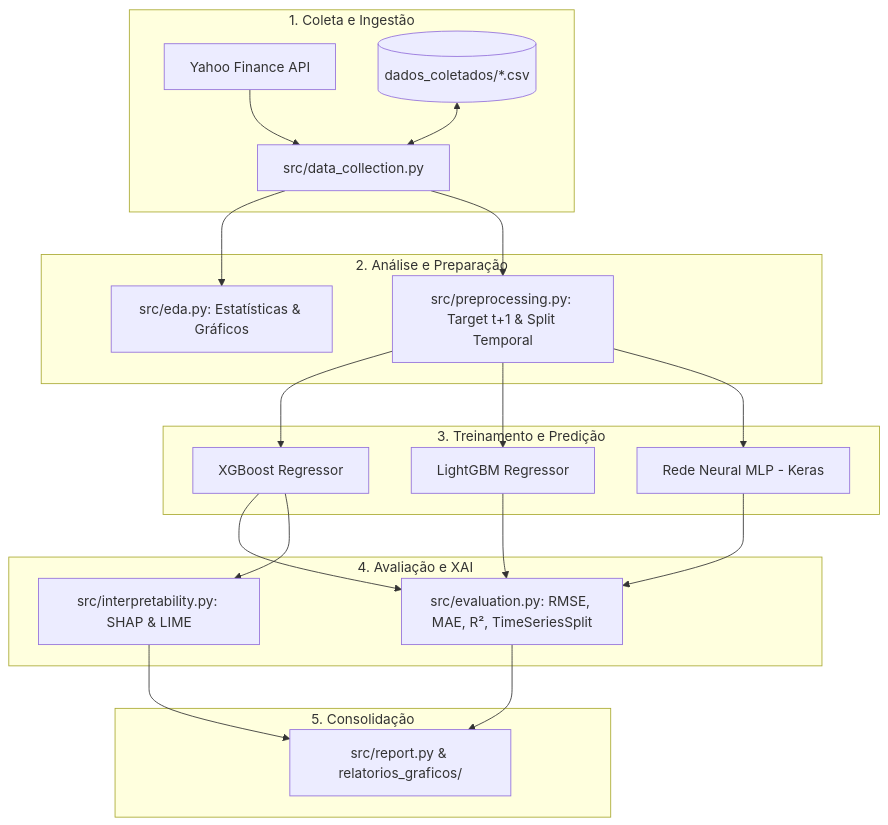
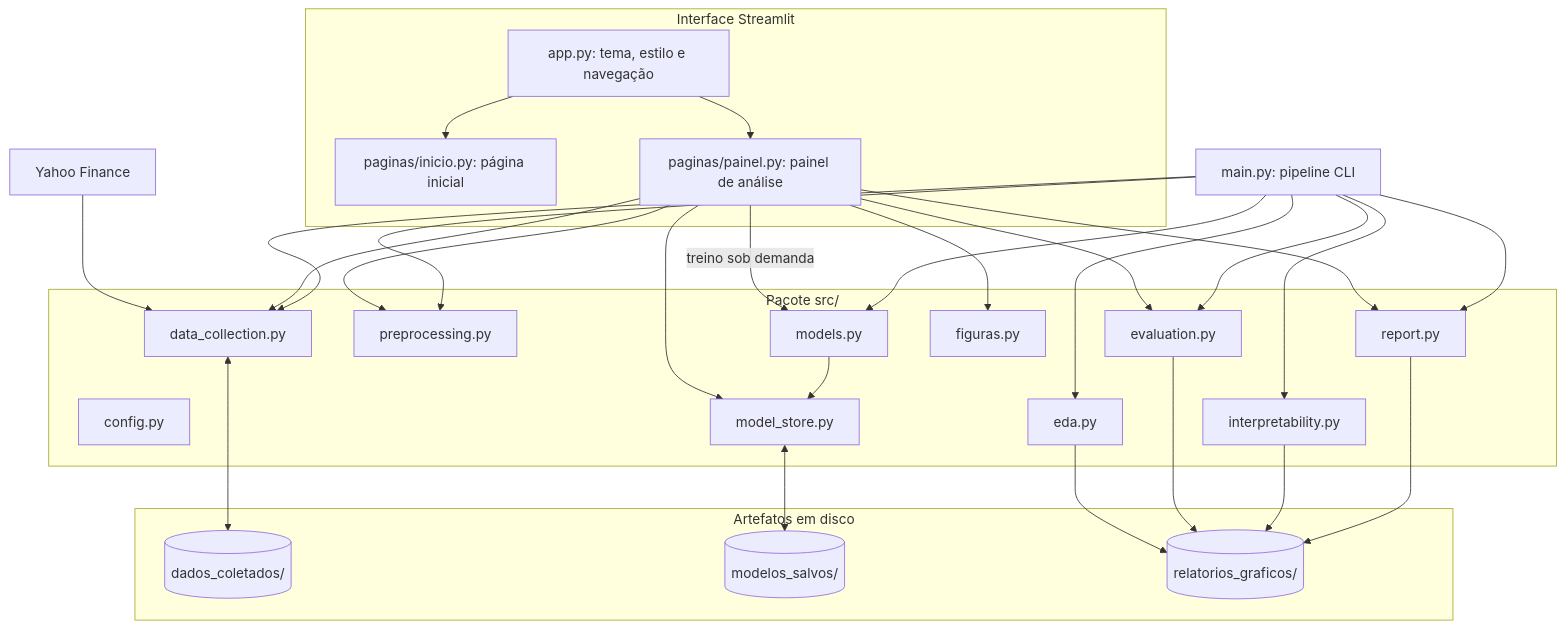
Before and after one commit to cleristoncramos/Previsao_Financial_Risk: the diagram in DOCUMENTACAO.md, drawn with Mermaid. The commit also changed other lines of this file, not shown here.

Commit message:
docs: reescreve a documentação técnica com os módulos, resultados e painel atuais

````diff
--- a/DOCUMENTACAO.md
+++ b/DOCUMENTACAO.md
@@ -106,27 +155,38 @@
 ```mermaid
 flowchart TD
-    subgraph S1 [1. Coleta e Ingestão]
-        YF[Yahoo Finance API] --> DC[src/data_collection.py]
-        CSV[(dados_coletados/*.csv)] <--> DC
+    subgraph Interface [Interface Streamlit]
+        APP[app.py: tema, estilo e navegação]
+        INI[paginas/inicio.py: página inicial]
+        PAI[paginas/painel.py: painel de análise]
+        APP --> INI
+        APP --> PAI
     end
 
-    subgraph S2 [2. Análise e Preparação]
-        DC --> EDA[src/eda.py: Estatísticas & Gráficos]
-        DC --> PREP[src/preprocessing.py: Target t+1 & Split Temporal]
+    subgraph Dominio [Pacote src/]
+        CFG[config.py]
+        COL[data_collection.py]
+        EDA[eda.py]
+        PRE[preprocessing.py]
+        MOD[models.py]
+        STO[model_store.py]
+        AVA[evaluation.py]
+        XAI[interpretability.py]
+        FIG[figuras.py]
+        REL[report.py]
     end
 
-    subgraph S3 [3. Treinamento e Predição]
-        PREP --> M_XGB[XGBoost Regressor]
-        PREP --> M_LGB[LightGBM Regressor]
-        PREP --> M_NN[Rede Neural MLP - Keras]
+    subgraph Artefatos [Artefatos em disco]
+        DC[(dados_coletados/)]
+        MS[(modelos_salvos/)]
+        RG[(relatorios_graficos/)]
     end
 
-    subgraph S4 [4. Avaliação e XAI]
-        M_XGB & M_LGB & M_NN --> EVAL[src/evaluation.py: RMSE, MAE, R², TimeSeriesSplit]
-        M_XGB --> XAI[src/interpretability.py: SHAP & LIME]
-    end
-
-    subgraph S5 [5. Consolidação]
-        EVAL & XAI --> REP[src/report.py & relatorios_graficos/]
-    end
+    YF[Yahoo Finance] --> COL
+    COL <--> DC
+    PAI --> COL & PRE & STO & AVA & FIG & REL
+    PAI -- treino sob demanda --> MOD
+    MAIN[main.py: pipeline CLI] --> COL & EDA & PRE & MOD & AVA & XAI & REL
+    MOD --> STO
+    STO <--> MS
+    EDA & AVA & XAI & REL --> RG
 ```
````
